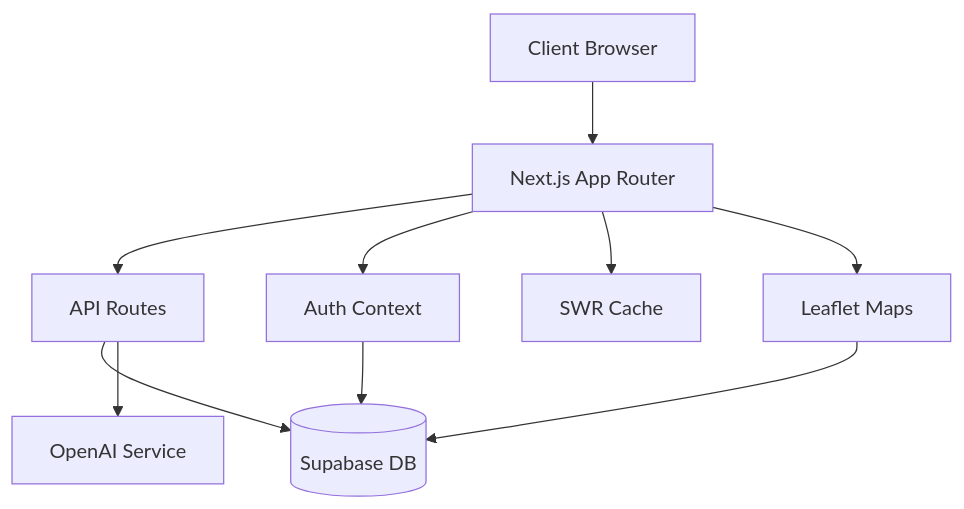
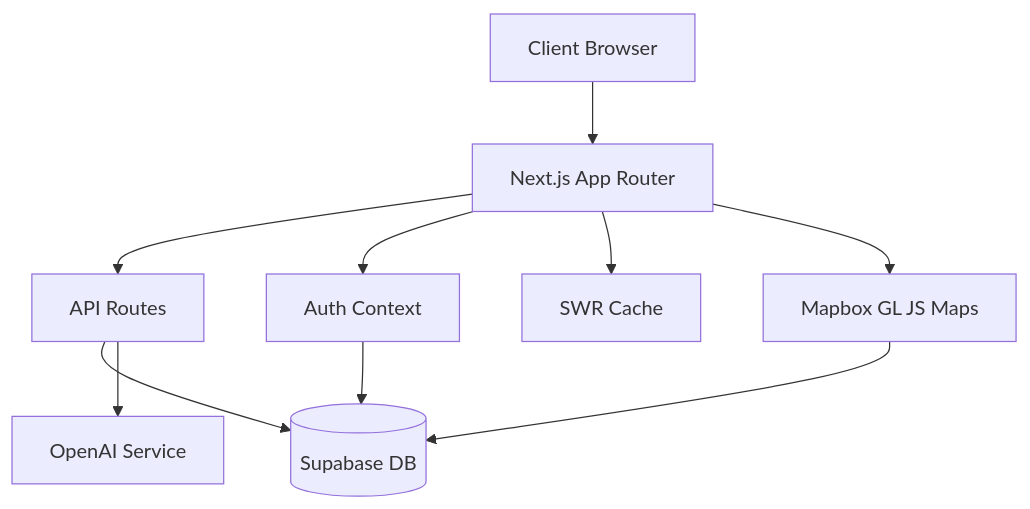
The first of 4 diagrams in docs/TECHNICAL_ARCHITECTURE.md (nfredmond/DOT-Dashboard), drawn with Mermaid before and after one commit. The commit also changed other lines of this file and 22 other files, not shown here.

````diff
--- a/docs/TECHNICAL_ARCHITECTURE.md
+++ b/docs/TECHNICAL_ARCHITECTURE.md
@@ -19,21 +19,21 @@
 ```mermaid
 graph TD
     Client[Client Browser]
     NextJS[Next.js App Router]
     API[API Routes]
     Auth[Auth Context]
     DB[(Supabase DB)]
     Cache[SWR Cache]
-    Map[Leaflet Maps]
+    Map[Mapbox GL JS Maps]
     AI[OpenAI Service]
     
     Client --> NextJS
     NextJS --> API
     NextJS --> Auth
     API --> DB
     API --> AI
     Auth --> DB
     NextJS --> Cache
     NextJS --> Map
     Map --> DB
 ```
````
